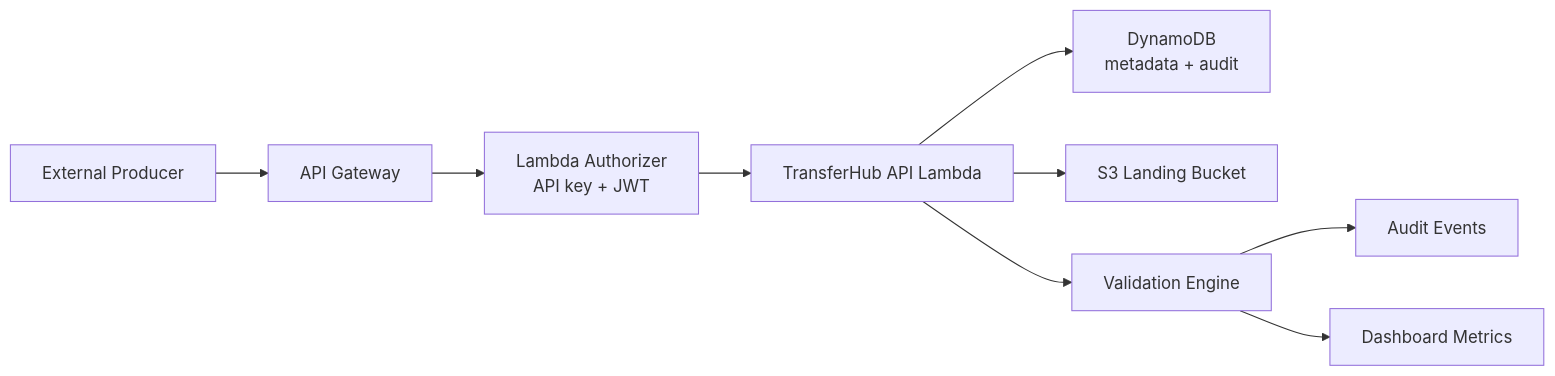
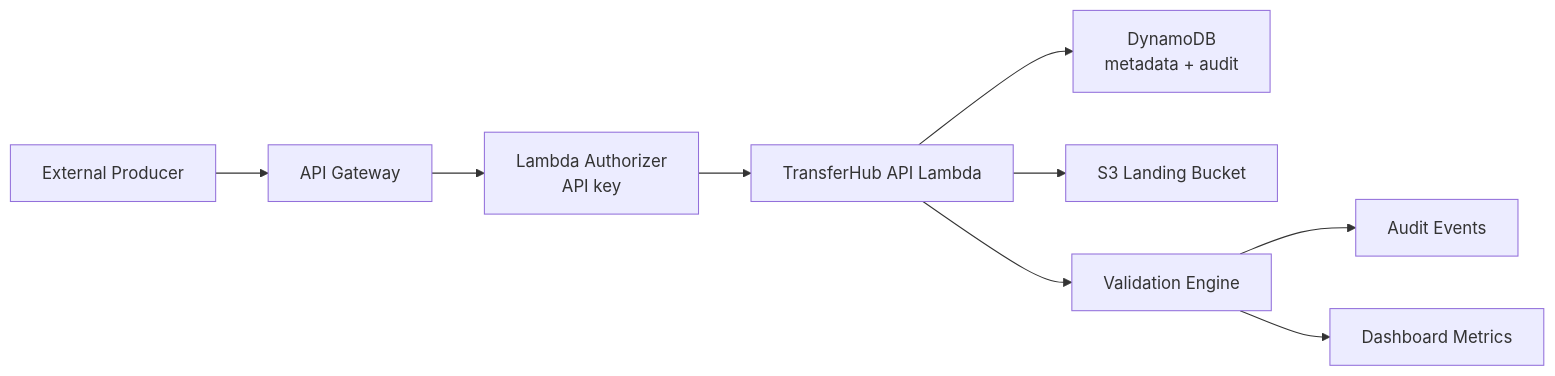
The diagram in README.md (ajitjisc/transferHub), drawn with Mermaid before and after one commit. The commit also changed other lines of this file and 17 other files, not shown here.

````diff
--- a/README.md
+++ b/README.md
@@ -20,11 +20,11 @@
 ```mermaid
 flowchart LR
     Producer["External Producer"] --> Api["API Gateway"]
-    Api --> Auth["Lambda Authorizer<br/>API key + JWT"]
+    Api --> Auth["Lambda Authorizer<br/>API key"]
     Auth --> App["TransferHub API Lambda"]
     App --> DDB["DynamoDB<br/>metadata + audit"]
     App --> S3["S3 Landing Bucket"]
     App --> Validation["Validation Engine"]
     Validation --> Events["Audit Events"]
     Validation --> Metrics["Dashboard Metrics"]
 ```
````
